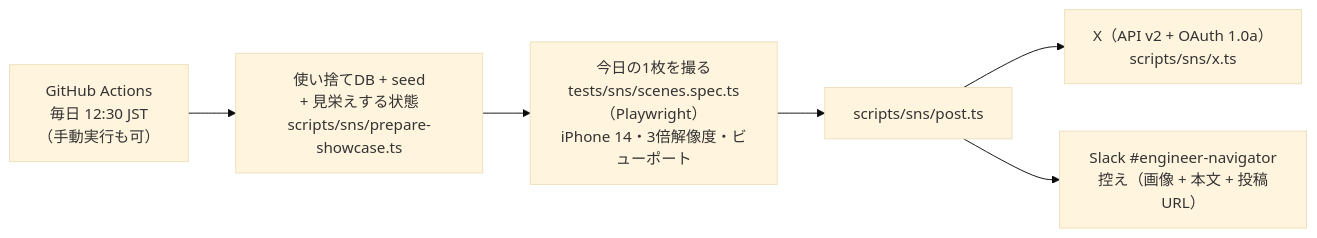
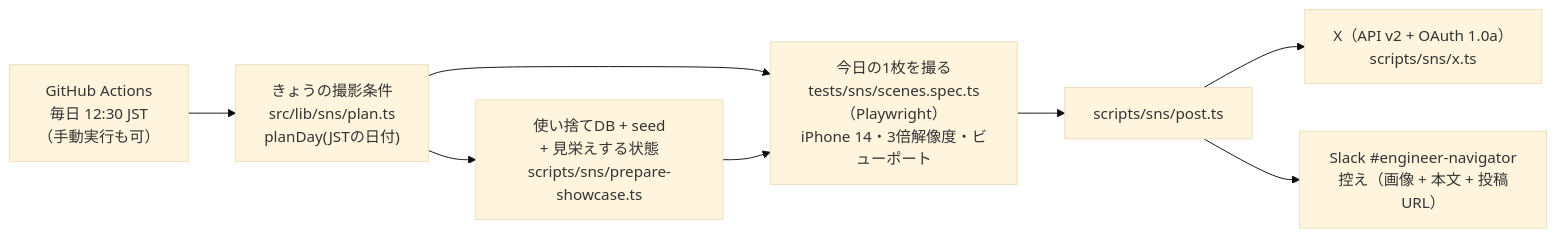
Before and after one commit to sysnavi/engineer-navigator: the diagram in docs/sns-bot.md, drawn with Mermaid (base theme). The commit also changed other lines of this file and 6 other files, not shown here.

````diff
--- a/docs/sns-bot.md
+++ b/docs/sns-bot.md
@@ -7,8 +7,10 @@
 ```mermaid
 flowchart LR
-    cron["GitHub Actions<br/>毎日 12:30 JST<br/>（手動実行も可）"] --> prep["使い捨てDB + seed<br/>+ 見栄えする状態<br/>scripts/sns/prepare-showcase.ts"]
+    cron["GitHub Actions<br/>毎日 12:30 JST<br/>（手動実行も可）"] --> plan["きょうの撮影条件<br/>src/lib/sns/plan.ts<br/>planDay(JSTの日付)"]
+    plan --> prep["使い捨てDB + seed<br/>+ 見栄えする状態<br/>scripts/sns/prepare-showcase.ts"]
+    plan --> shot
     prep --> shot["今日の1枚を撮る<br/>tests/sns/scenes.spec.ts（Playwright）<br/>iPhone 14・3倍解像度・ビューポート"]
     shot --> post["scripts/sns/post.ts"]
     post --> x["X（API v2 + OAuth 1.0a）<br/>scripts/sns/x.ts"]
     post --> slack["Slack #engineer-navigator<br/>控え（画像 + 本文 + 投稿URL）"]
 ```
````
